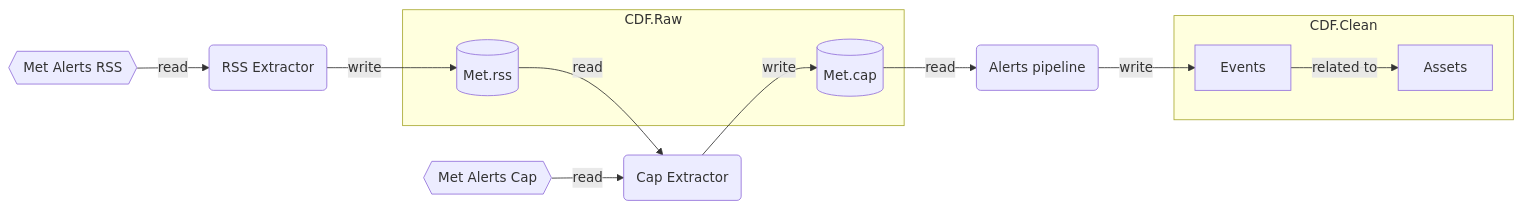
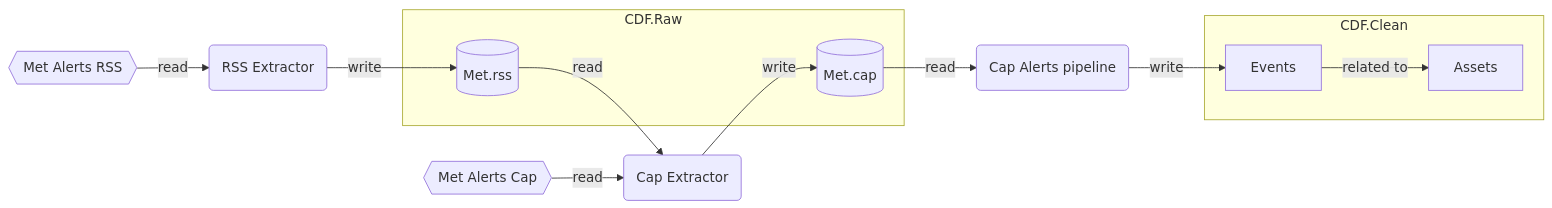
The second of 2 diagrams in 20-met-weather-scenario/README.md (cognitedata/cdf-sdk-java-examples), drawn with Mermaid before and after one commit. The commit also changed other lines of this file and 1 other file, not shown here.

````diff
--- a/20-met-weather-scenario/README.md
+++ b/20-met-weather-scenario/README.md
@@ -35,19 +51,19 @@
 ```mermaid
 flowchart LR
     A{{Met Alerts RSS}} -->|read| B(RSS Extractor)
     subgraph CDF.Raw
         C[(Met.rss)]
         D[(Met.cap)]
     end
     B -->|write| C
     C -->|read| E(Cap Extractor)
     F{{Met Alerts Cap}} -->|read| E
     E -->|write| D
     subgraph CDF.Clean
         G[Events]
         H[Assets]
     end
-    D -->|read| I(Alerts pipeline)
+    D -->|read| I(Cap Alerts pipeline)
     I -->|write| G
     G -->|related to| H
 ```
````
